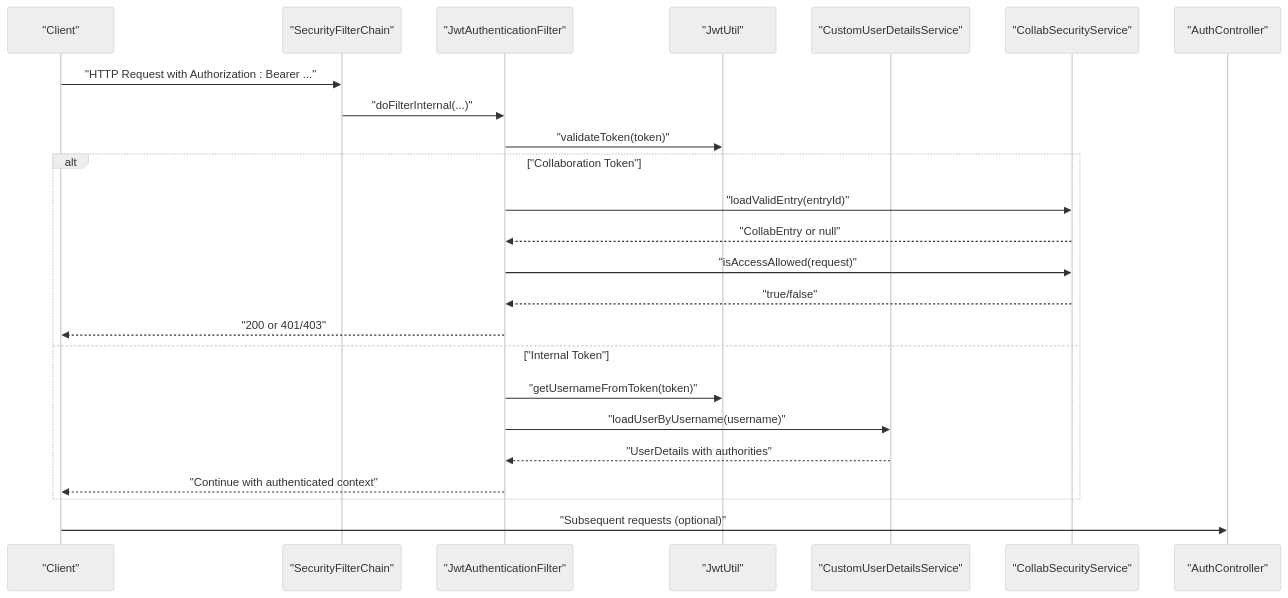
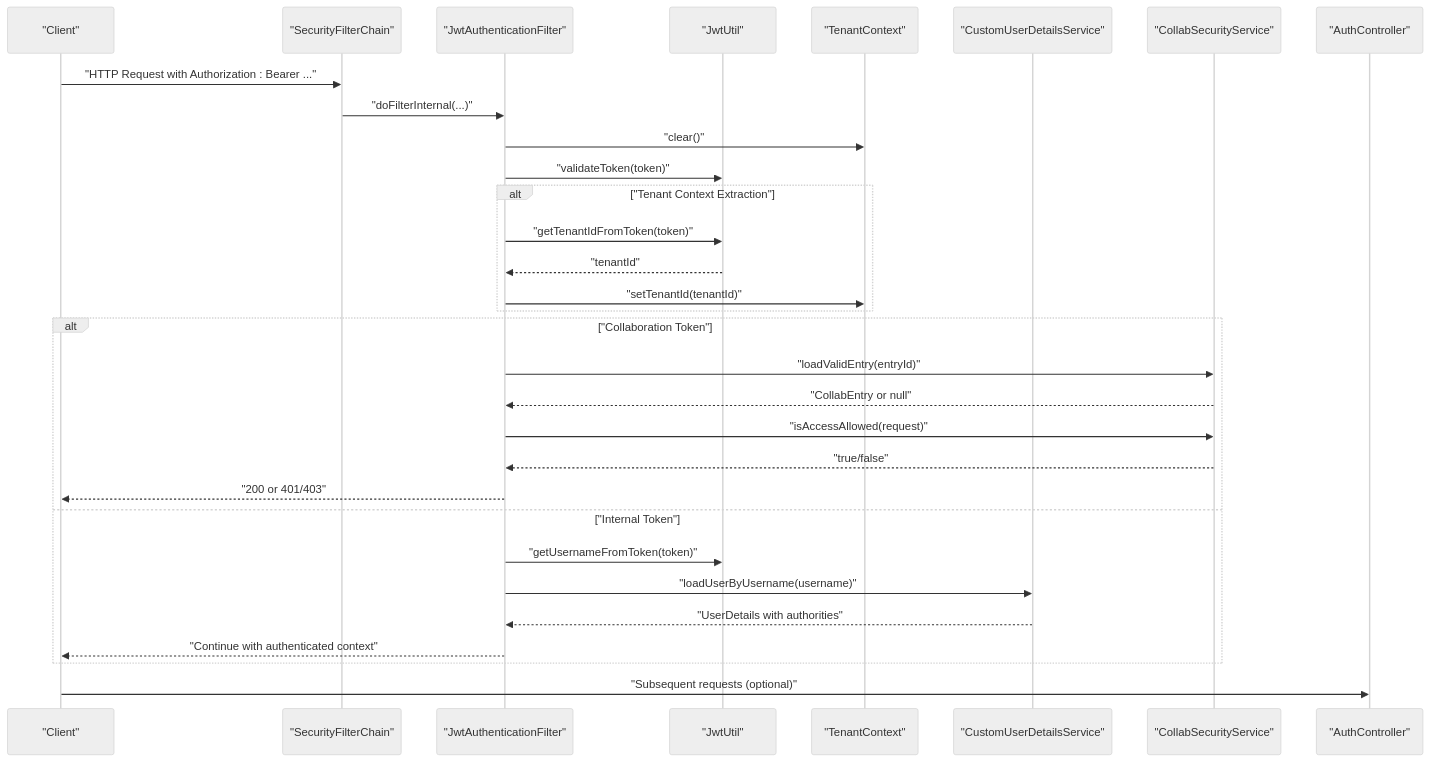
Before and after one commit to bo961386926/Survey-App: the second of 9 diagrams in .qoder/repowiki/en/content/Authentication & Authorization/Authentication & Authorization.md, drawn with Mermaid (neutral theme). The commit also changed other lines of this file and 18 other files, not shown here.

````diff
--- a/.qoder/repowiki/en/content/Authentication & Authorization/Authentication & Authorization.md
+++ b/.qoder/repowiki/en/content/Authentication & Authorization/Authentication & Authorization.md
@@ -129,26 +145,33 @@
 ```mermaid
 sequenceDiagram
 participant Client as "Client"
 participant Sec as "SecurityFilterChain"
 participant Filter as "JwtAuthenticationFilter"
 participant JWT as "JwtUtil"
+participant TCtx as "TenantContext"
 participant UDS as "CustomUserDetailsService"
 participant CSec as "CollabSecurityService"
 participant Ctrl as "AuthController"
 Client->>Sec : "HTTP Request with Authorization : Bearer ..."
 Sec->>Filter : "doFilterInternal(...)"
+Filter->>TCtx : "clear()"
 Filter->>JWT : "validateToken(token)"
+alt "Tenant Context Extraction"
+Filter->>JWT : "getTenantIdFromToken(token)"
+JWT-->>Filter : "tenantId"
+Filter->>TCtx : "setTenantId(tenantId)"
+end
 alt "Collaboration Token"
 Filter->>CSec : "loadValidEntry(entryId)"
 CSec-->>Filter : "CollabEntry or null"
 Filter->>CSec : "isAccessAllowed(request)"
 CSec-->>Filter : "true/false"
 Filter-->>Client : "200 or 401/403"
 else "Internal Token"
 Filter->>JWT : "getUsernameFromToken(token)"
 Filter->>UDS : "loadUserByUsername(username)"
 UDS-->>Filter : "UserDetails with authorities"
 Filter-->>Client : "Continue with authenticated context"
 end
 Client->>Ctrl : "Subsequent requests (optional)"
 ```
````
